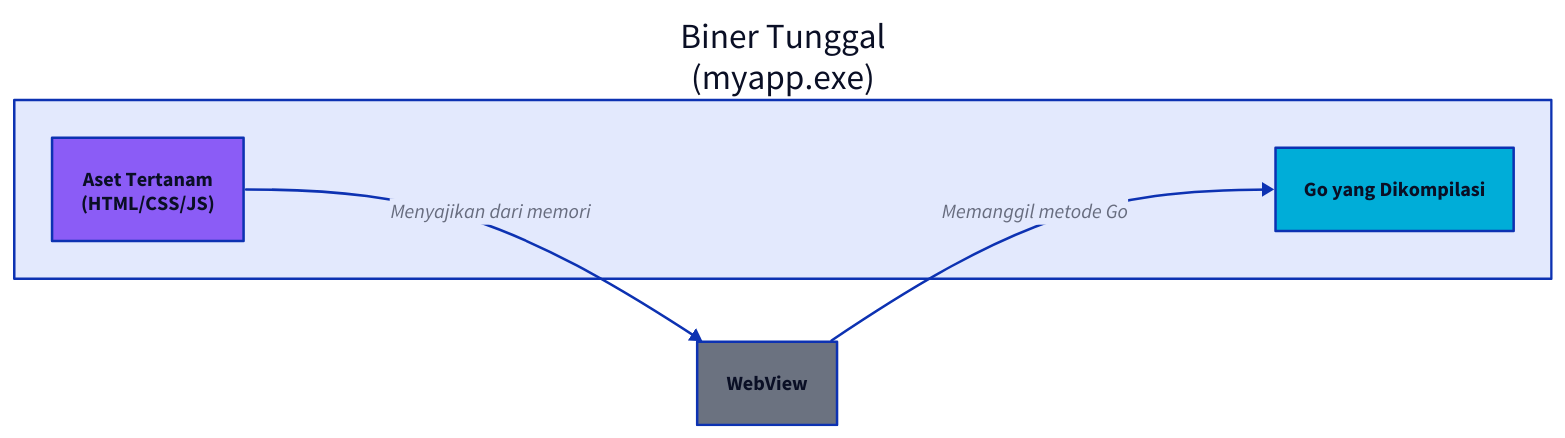
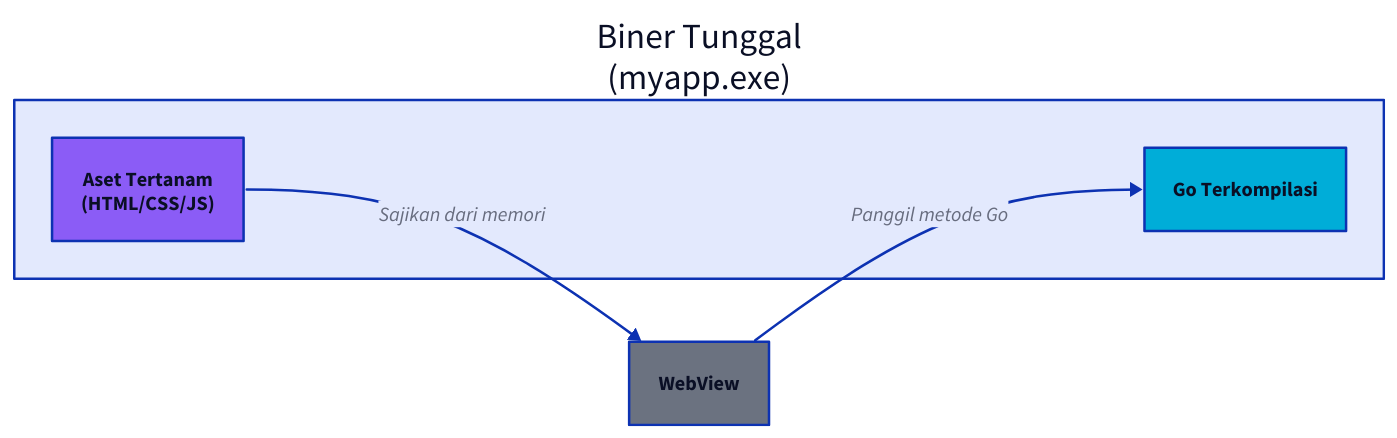
The seventh of 8 diagrams in docs/mpress/content/id/concepts/architecture.md (wailsapp/wails), drawn with D2 before and after one commit. The commit also changed other lines of this file and 1096 other files, not shown here.

````diff
--- a/docs/mpress/content/id/concepts/architecture.md
+++ b/docs/mpress/content/id/concepts/architecture.md
@@ -489,23 +489,23 @@
 ```d2
 direction: right
 
 Binary: "Biner Tunggal\n(myapp.exe)" {
-  GoCode: Go yang Dikompilasi {
+  GoCode: Go Terkompilasi {
     shape: rectangle
     style.fill: "#00ADD8"
   }
 
   Assets: "Aset Tertanam\n(HTML/CSS/JS)" {
     shape: rectangle
     style.fill: "#8B5CF6"
   }
 }
 
 WebView: WebView {
   shape: rectangle
   style.fill: "#6B7280"
 }
 
-Binary.Assets -> WebView: Menyajikan dari memori
-WebView -> Binary.GoCode: Memanggil metode Go
+Binary.Assets -> WebView: Sajikan dari memori
+WebView -> Binary.GoCode: Panggil metode Go
 ```
````
